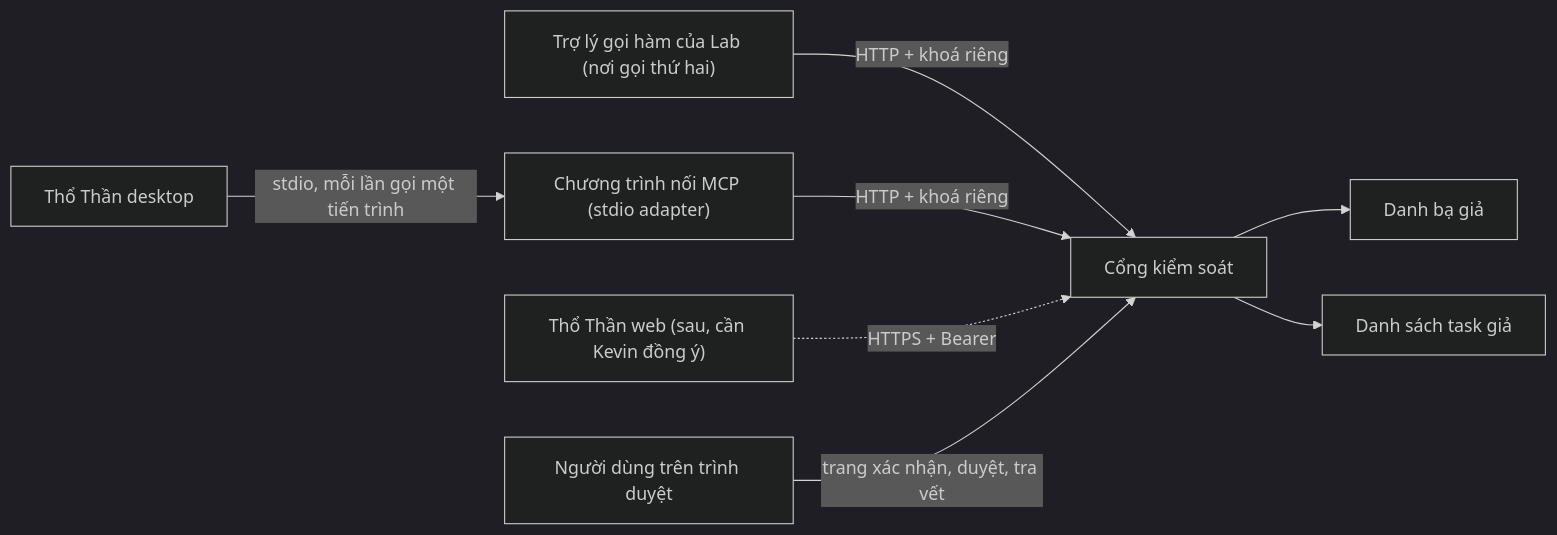
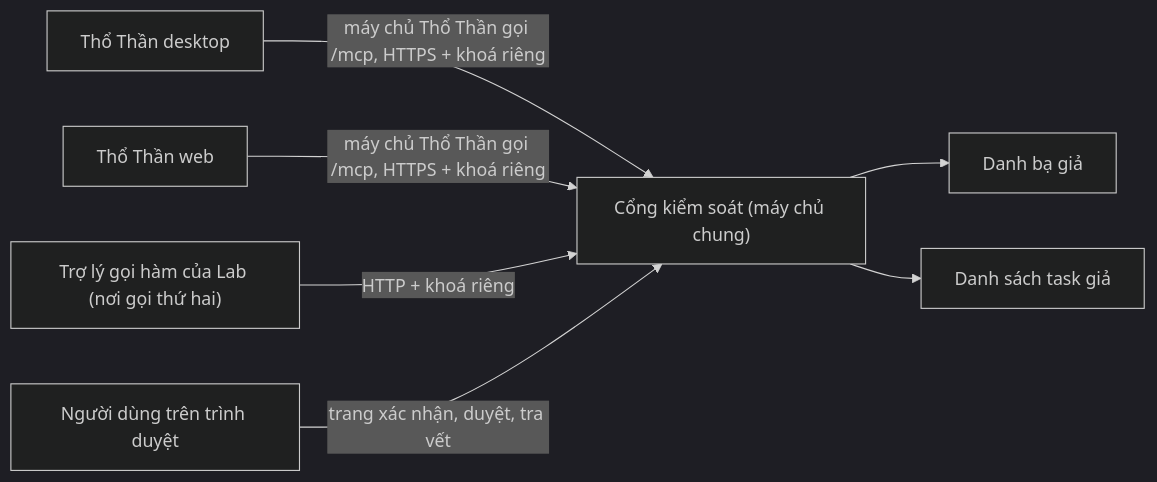
One commit to Park-Hip/agentlize-intern changed the diagram in rd/design/mvp-spec.md. Above: the diagram before and after it, drawn with Mermaid (dark theme). The commit also changed other lines of this file and 2 other files, not shown here.

First line of the commit message:
Add ADR-0004 choosing a shared gateway reached over HTTPS

````diff
--- a/rd/design/mvp-spec.md
+++ b/rd/design/mvp-spec.md
@@ -101,10 +101,9 @@
 ```mermaid
 flowchart LR
-    TT["Thổ Thần desktop"] -->|"stdio, mỗi lần gọi một tiến trình"| AD["Chương trình nối MCP (stdio adapter)"]
+    TT["Thổ Thần desktop"] -->|"máy chủ Thổ Thần gọi /mcp, HTTPS + khoá riêng"| GW["Cổng kiểm soát (máy chủ chung)"]
+    WEB["Thổ Thần web"] -->|"máy chủ Thổ Thần gọi /mcp, HTTPS + khoá riêng"| GW
     FC["Trợ lý gọi hàm của Lab (nơi gọi thứ hai)"] -->|"HTTP + khoá riêng"| GW
-    AD -->|"HTTP + khoá riêng"| GW["Cổng kiểm soát"]
-    WEB["Thổ Thần web (sau, cần Kevin đồng ý)"] -.->|"HTTPS + Bearer"| GW
     U["Người dùng trên trình duyệt"] -->|"trang xác nhận, duyệt, tra vết"| GW
     GW --> DS["Danh bạ giả"]
     GW --> TS["Danh sách task giả"]
 ```
````
